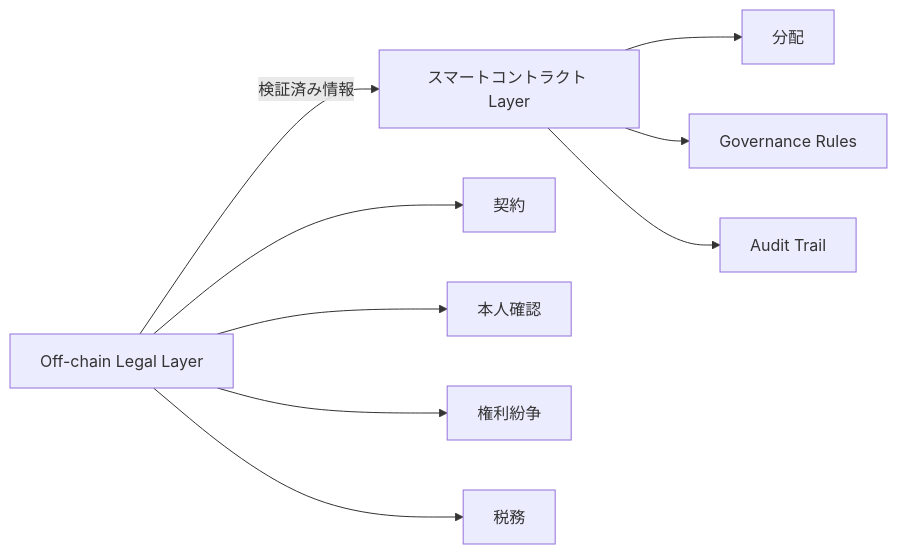
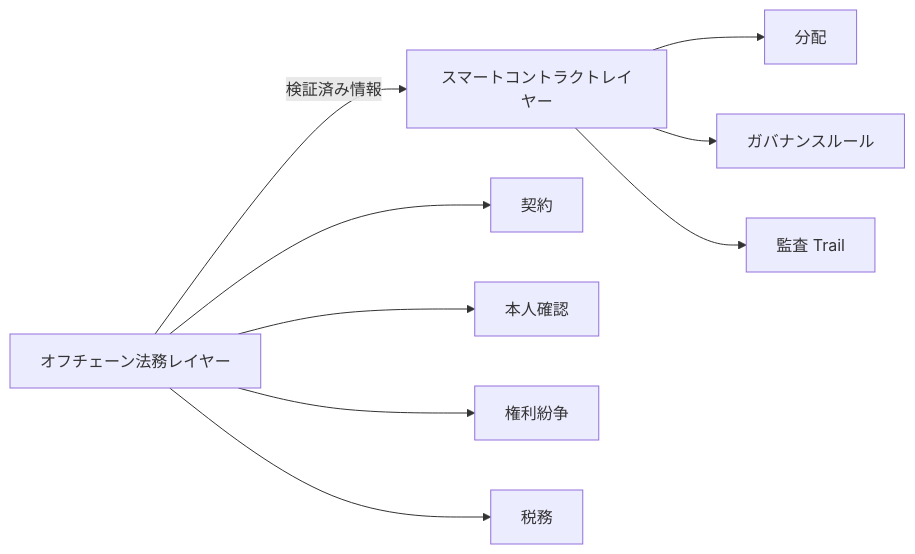
Diagram 12 of 17 in docs/whitepaper/03-rights-and-money.md (ShigeichiroYamasaki/creator-first-platform), drawn with Mermaid before and after one commit. The commit also changed other lines of this file and 72 other files, not shown here.

````diff
--- a/docs/whitepaper/03-rights-and-money.md
+++ b/docs/whitepaper/03-rights-and-money.md
@@ -300,11 +300,11 @@
 ```mermaid
 flowchart LR
-    LEGAL[Off-chain Legal Layer] -->|検証済み情報| SC[スマートコントラクト Layer]
+    LEGAL[オフチェーン法務レイヤー] -->|検証済み情報| SC[スマートコントラクトレイヤー]
     LEGAL --> CONTRACT[契約]
     LEGAL --> ID[本人確認]
     LEGAL --> RIGHTS[権利紛争]
     LEGAL --> TAX[税務]
     SC --> SPLIT[分配]
-    SC --> GOV[Governance Rules]
-    SC --> AUDIT[Audit Trail]
+    SC --> GOV[ガバナンスルール]
+    SC --> AUDIT[監査 Trail]
 ```
````
